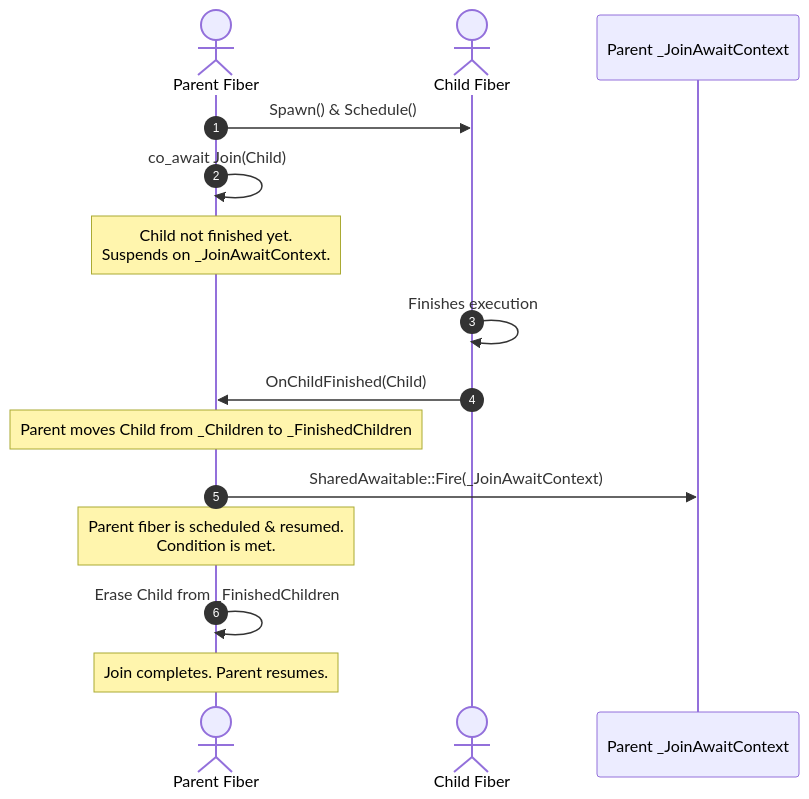
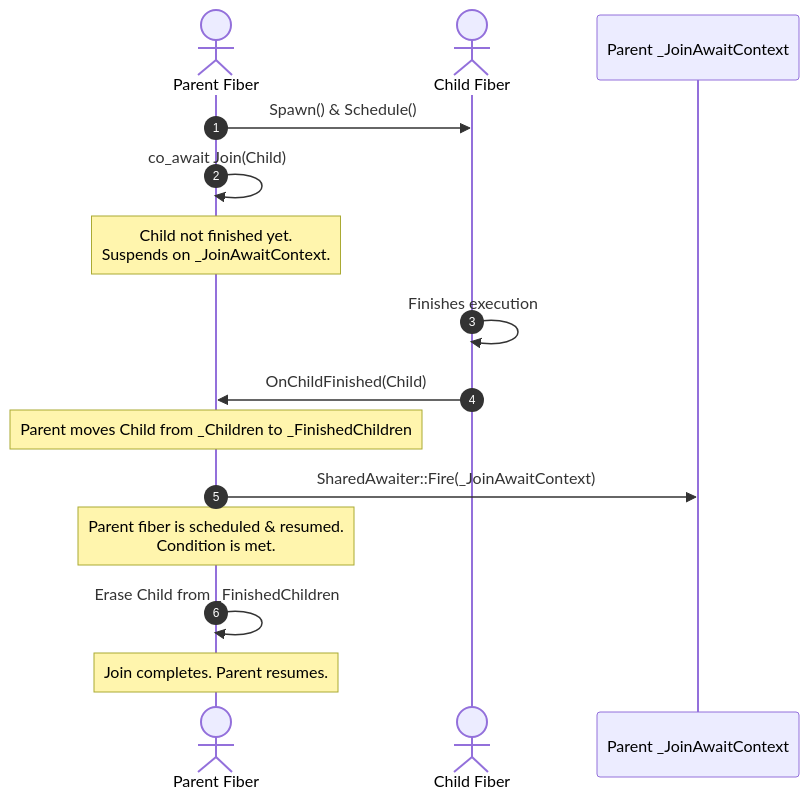
The third of 3 diagrams in DESIGN.md (kghost/omni-fiber), drawn with Mermaid before and after one commit. The commit also changed other lines of this file and 25 other files, not shown here.

````diff
--- a/DESIGN.md
+++ b/DESIGN.md
@@ -111,18 +111,18 @@
 ```mermaid
 sequenceDiagram
     autonumber
     actor Parent as Parent Fiber
     actor Child as Child Fiber
     participant PContext as Parent _JoinAwaitContext
 
     Parent->>Child: Spawn() & Schedule()
     Parent->>Parent: co_await Join(Child)
     Note over Parent: Child not finished yet.<br/>Suspends on _JoinAwaitContext.
     Child->>Child: Finishes execution
     Child->>Parent: OnChildFinished(Child)
     Note over Parent: Parent moves Child from _Children to _FinishedChildren
-    Parent->>PContext: SharedAwaitable::Fire(_JoinAwaitContext)
+    Parent->>PContext: SharedAwaiter::Fire(_JoinAwaitContext)
     Note over Parent: Parent fiber is scheduled & resumed.<br/>Condition is met.
     Parent->>Parent: Erase Child from _FinishedChildren
     Note over Parent: Join completes. Parent resumes.
 ```
````
